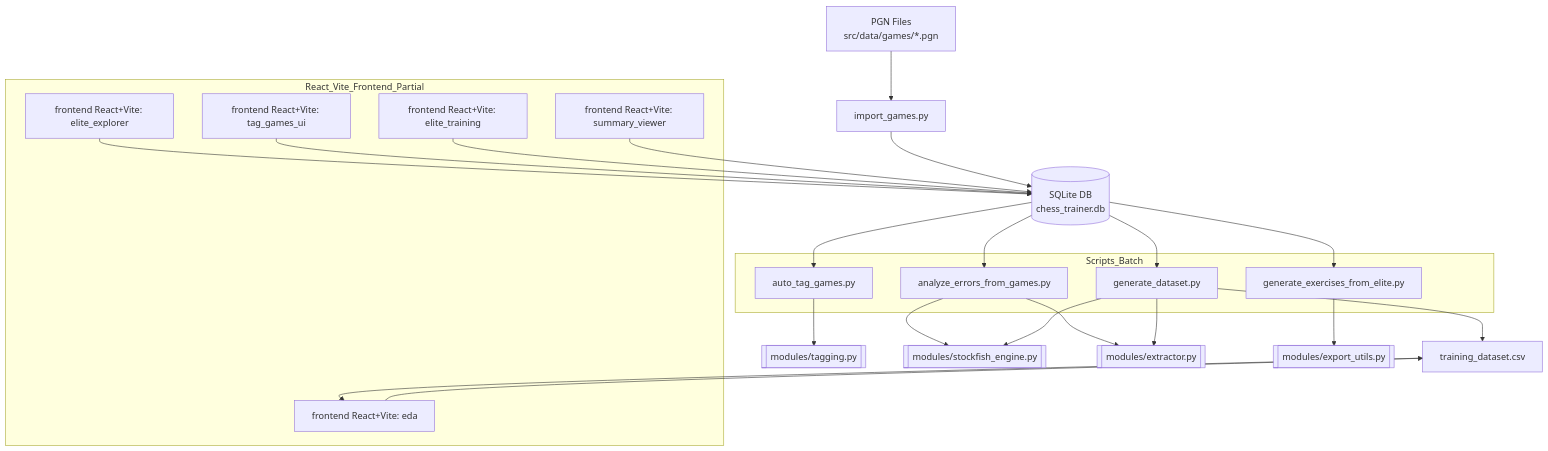
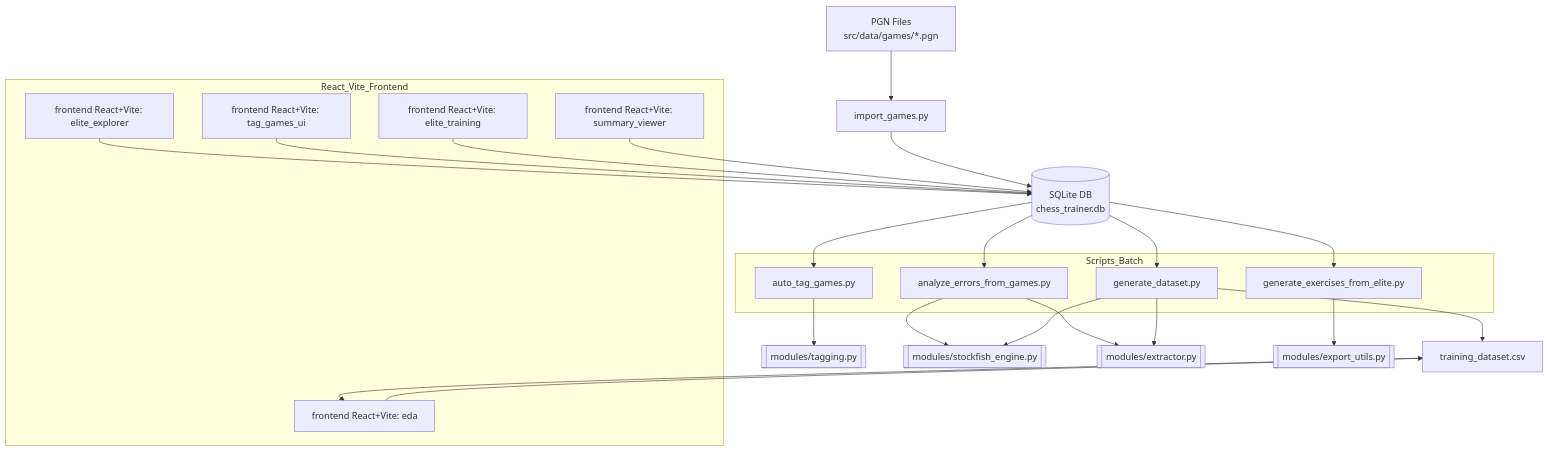
The diagram in src/architecture.md (cmessoftware/chessinsightai), drawn with Mermaid before and after one commit. The commit also changed 2 other files, not shown here.

Commit message:
docs: clarify legacy streamlit role and normalize vite docs
Agent-Logs-Url: https://github.com/cmessoftware/chessinsightai/sessions/33f0549b-f44d-47ba-a050-168358c5e59d

````diff
--- a/src/architecture.md
+++ b/src/architecture.md
@@ -1,43 +1,43 @@
 ```mermaid
 graph TD
   A[PGN Files<br>src/data/games/*.pgn] --> B[import_games.py]
   B --> DB[(SQLite DB<br>chess_trainer.db)]
 
   DB --> C[auto_tag_games.py]
   DB --> D[analyze_errors_from_games.py]
   DB --> E[generate_exercises_from_elite.py]
   DB --> F[generate_dataset.py]
 
   C --> M1[[modules/tagging.py]]
   D --> M2[[modules/stockfish_engine.py]]
   D --> M3[[modules/extractor.py]]
   E --> M4[[modules/export_utils.py]]
   F --> M2
   F --> M3
 
   G1[frontend React+Vite: elite_explorer] --> DB
   G2[frontend React+Vite: tag_games_ui] --> DB
   G3[frontend React+Vite: elite_training] --> DB
   G4[frontend React+Vite: summary_viewer] --> DB
   
   CSV[training_dataset.csv]
   G5[frontend React+Vite: eda] --> CSV
 
   F --> CSV
   CSV --> G5
 
-  subgraph React_Vite_Frontend_Partial
+  subgraph React_Vite_Frontend
     G1
     G2
     G3
     G4
     G5
   end
 
   subgraph Scripts_Batch
     C
     D
     E
     F
   end
 ```
````
